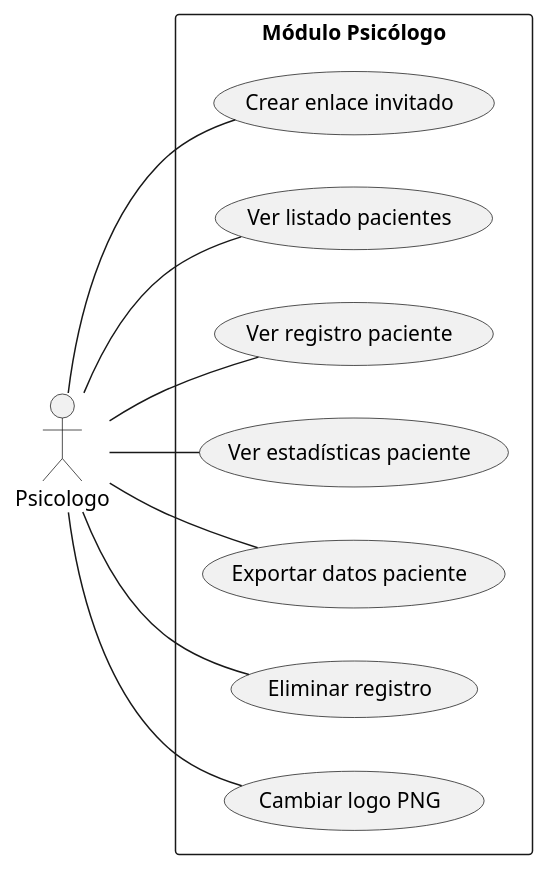
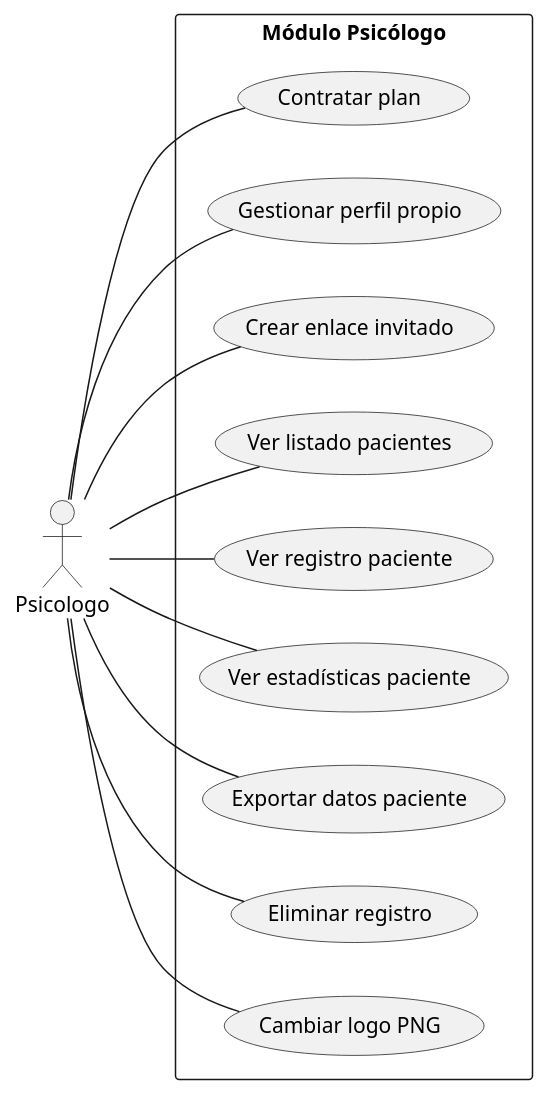
One commit to Sembrem-prj/base changed the diagram in Casos_de_usos/diagrama_caso_uso_psicólogo.puml. Above: the diagram before and after it, drawn with PlantUML.

Commit message:
docs: nuevos casos de uso

```diff
--- a/Casos_de_usos/diagrama_caso_uso_psicólogo.puml
+++ b/Casos_de_usos/diagrama_caso_uso_psicólogo.puml
@@ -1,16 +1,18 @@
 @startuml Psicologo
 left to right direction
 
 actor Psicologo as ps
 
 rectangle "Módulo Psicólogo" {
+ps -- (Contratar plan)
+ps -- (Gestionar perfil propio)
 ps -- (Crear enlace invitado)
 ps -- (Ver listado pacientes)
 ps -- (Ver registro paciente)
 ps -- (Ver estadísticas paciente)
 ps -- (Exportar datos paciente)
 ps -- (Eliminar registro)
 ps -- (Cambiar logo PNG)
 }
 
 @enduml
```
